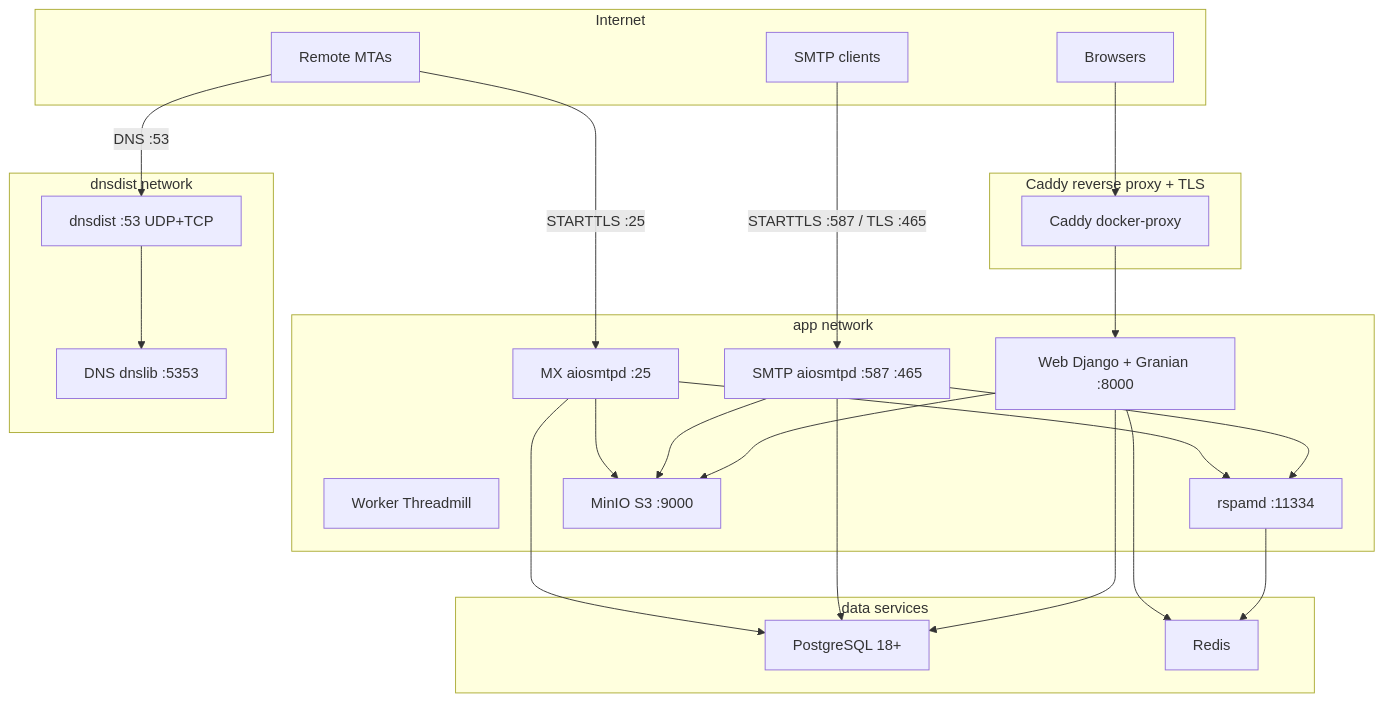
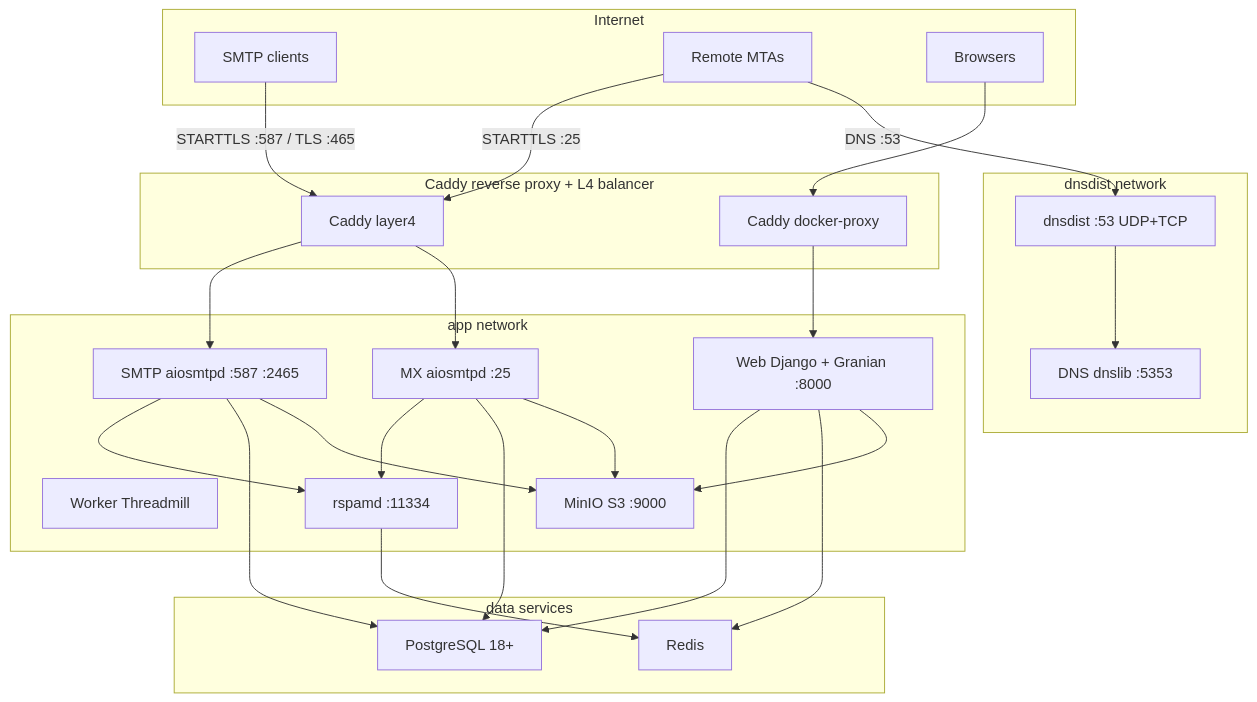
Before and after one commit to codingjoe/relay: the first of 2 diagrams in README.md, drawn with Mermaid. The commit also changed other lines of this file and 10 other files, not shown here.

First line of the commit message:
Load balance MTA and MSA behind Caddy L4

````diff
--- a/README.md
+++ b/README.md
@@ -85,48 +85,51 @@
 ```mermaid
 flowchart TD
     subgraph internet[Internet]
         client[SMTP clients]
         sender[Remote MTAs]
         browser[Browsers]
     end
 
-    subgraph caddy[Caddy reverse proxy + TLS]
+    subgraph caddy[Caddy reverse proxy + L4 balancer]
         caddy_proxy[Caddy docker-proxy]
+        caddy_l4[Caddy layer4]
     end
 
     subgraph app[app network]
         web[Web Django + Granian :8000]
-        msa[SMTP aiosmtpd :587 :465]
+        msa[SMTP aiosmtpd :587 :2465]
         mta[MX aiosmtpd :25]
         worker[Worker Threadmill]
         rspamd[rspamd :11334]
         minio[MinIO S3 :9000]
     end
 
     subgraph data[data services]
         pg[PostgreSQL 18+]
         redis[Redis]
     end
 
     subgraph dns[dnsdist network]
         dnsdist[dnsdist :53 UDP+TCP]
         dns_ns[DNS dnslib :5353]
     end
 
     browser --> caddy_proxy
     caddy_proxy --> web
-    client -->|STARTTLS :587 / TLS :465| msa
-    sender -->|STARTTLS :25| mta
+    client -->|STARTTLS :587 / TLS :465| caddy_l4
+    sender -->|STARTTLS :25| caddy_l4
+    caddy_l4 --> msa
+    caddy_l4 --> mta
     msa --> rspamd
     mta --> rspamd
     rspamd --> redis
     web --> pg
     web --> redis
     web --> minio
     msa --> pg
     msa --> minio
     mta --> pg
     mta --> minio
     dnsdist --> dns_ns
     sender -->|DNS :53| dnsdist
 ```
````
